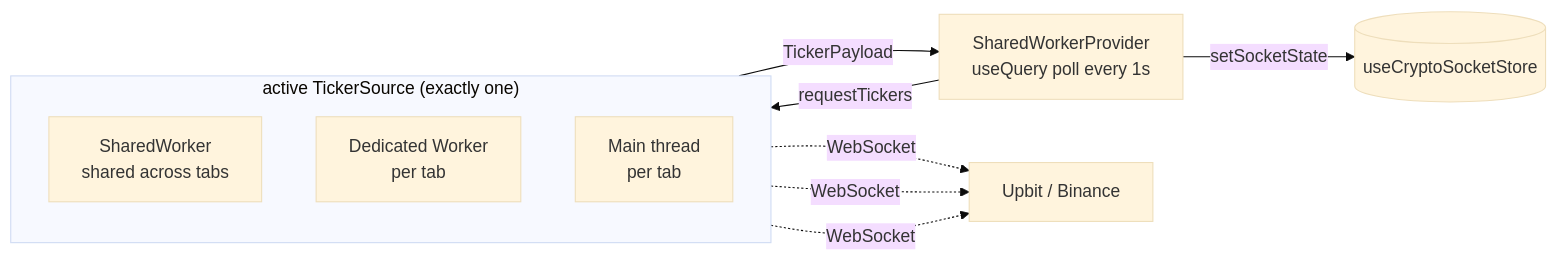
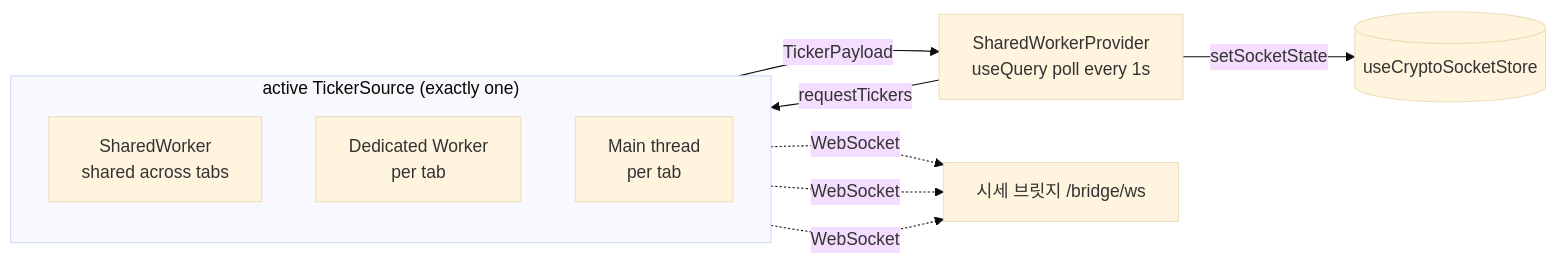
One commit to leye195/coinat-v2 changed the second of 2 diagrams in apps/web/src/lib/ticker-source/README.md. Above: the diagram before and after it, drawn with Mermaid (base theme). The commit also changed other lines of this file and 3 other files, not shown here.

````diff
--- a/apps/web/src/lib/ticker-source/README.md
+++ b/apps/web/src/lib/ticker-source/README.md
@@ -35,18 +35,18 @@
 ```mermaid
 flowchart LR
     P[SharedWorkerProvider<br/>useQuery poll every 1s] -- requestTickers --> SRC
 
     subgraph SRC["active TickerSource (exactly one)"]
       direction TB
       A[SharedWorker<br/>shared across tabs]
       B[Dedicated Worker<br/>per tab]
       C[Main thread<br/>per tab]
     end
 
     SRC -- TickerPayload --> P
     P -- setSocketState --> Store[(useCryptoSocketStore)]
 
-    A -. WebSocket .-> EX[Upbit / Binance]
+    A -. WebSocket .-> EX[시세 브릿지 /bridge/ws]
     B -. WebSocket .-> EX
     C -. WebSocket .-> EX
 ```
````
